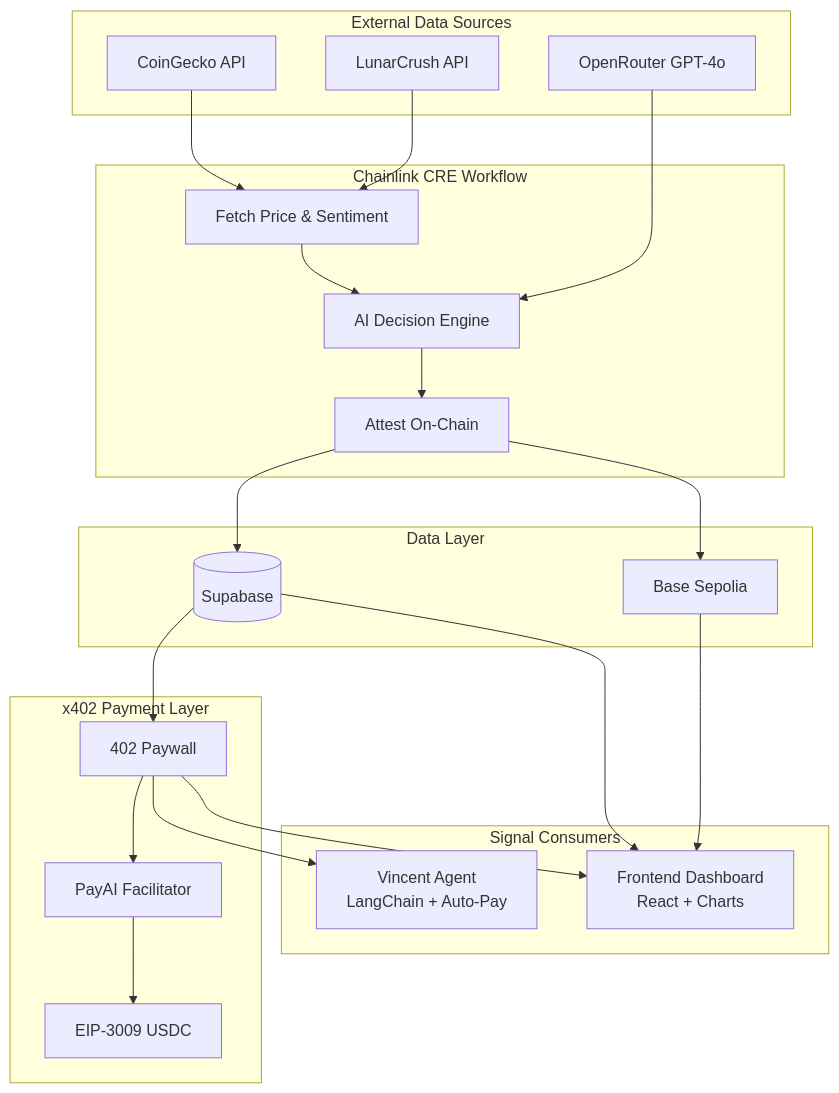
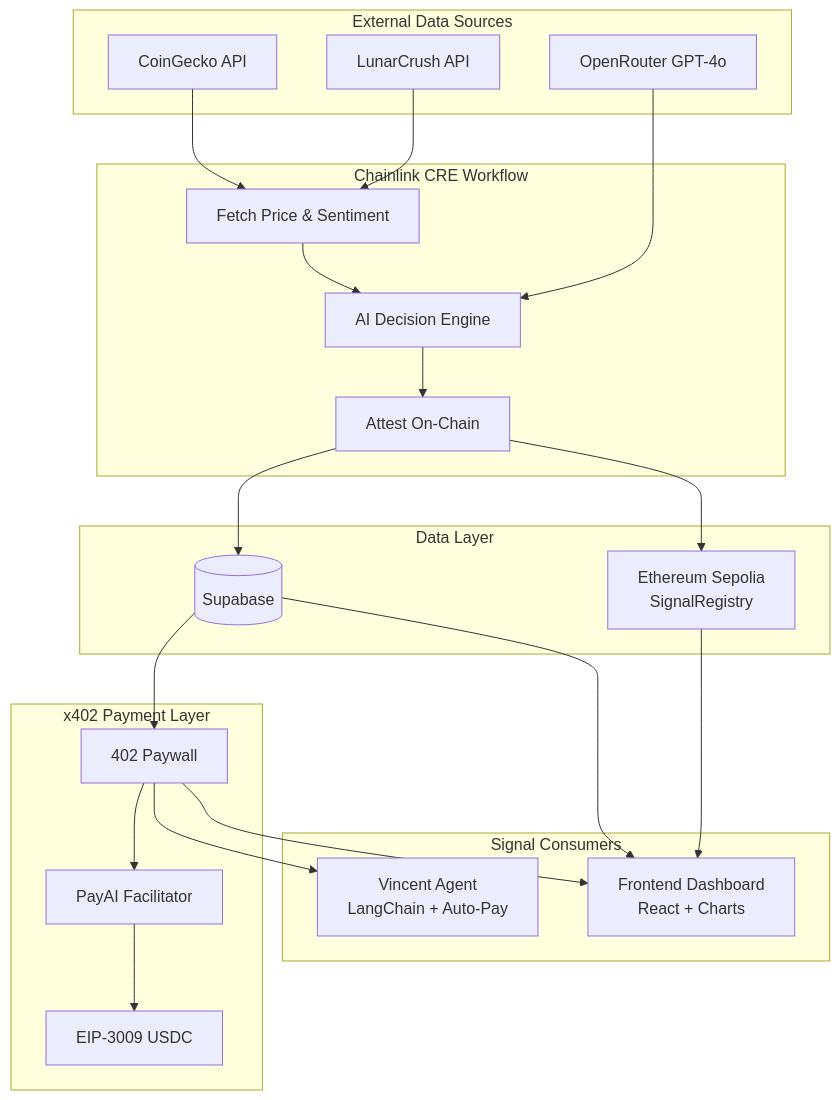
One commit to N-45div/Vincent changed the diagram in README.md. Above: the diagram before and after it, drawn with Mermaid. The commit also changed other lines of this file and 1 other file, not shown here.

Commit message:
fix: correct chain info - SignalRegistry on Eth Sepolia, x402 on Base Sepolia

````diff
--- a/README.md
+++ b/README.md
@@ -26,43 +27,43 @@
 ```mermaid
 flowchart TB
     subgraph External["External Data Sources"]
         CG[CoinGecko API]
         LC[LunarCrush API]
         OR[OpenRouter GPT-4o]
     end
 
     subgraph CRE["Chainlink CRE Workflow"]
         FP[Fetch Price & Sentiment]
         AI[AI Decision Engine]
         AT[Attest On-Chain]
         FP --> AI --> AT
     end
 
     subgraph Storage["Data Layer"]
         SB[(Supabase)]
-        BC[Base Sepolia]
+        ETH[Ethereum Sepolia<br/>SignalRegistry]
     end
 
     subgraph X402["x402 Payment Layer"]
         MW[402 Paywall]
         PAY[PayAI Facilitator]
         USDC[EIP-3009 USDC]
         MW --> PAY --> USDC
     end
 
     subgraph Consumers["Signal Consumers"]
         AG[Vincent Agent<br/>LangChain + Auto-Pay]
         FE[Frontend Dashboard<br/>React + Charts]
     end
 
     CG --> FP
     LC --> FP
     OR --> AI
     AT --> SB
-    AT --> BC
+    AT --> ETH
     SB --> MW
     MW --> AG
     MW --> FE
     SB --> FE
-    BC --> FE
+    ETH --> FE
 ```
````
